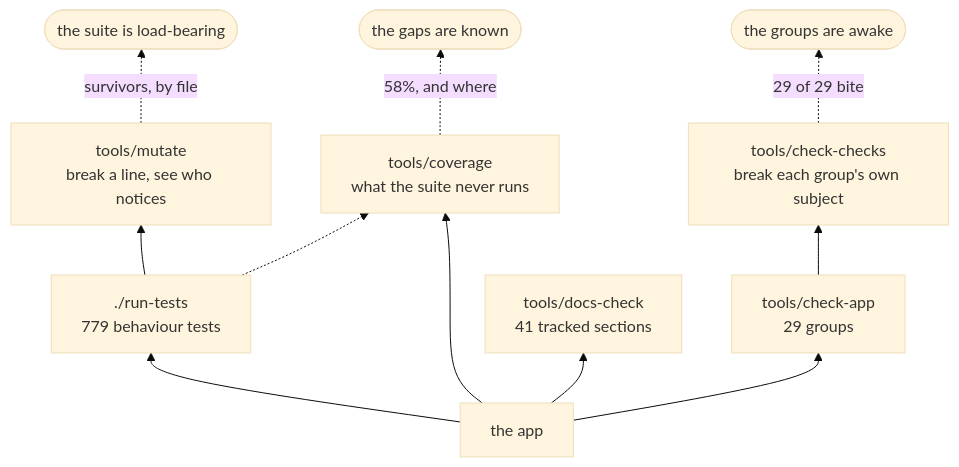
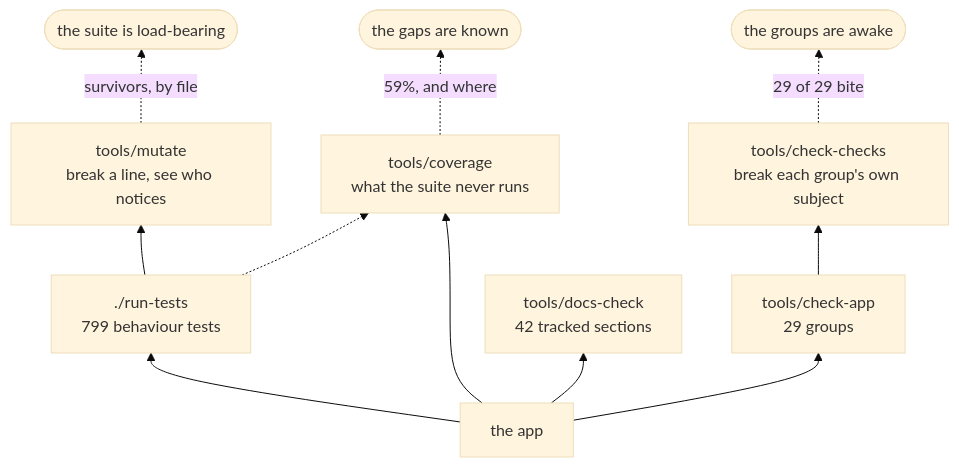
Before and after one commit to minormending/crystal-pilot-mobile: the second of 2 diagrams in docs/DEVELOPING.md, drawn with Mermaid (base theme). The commit also changed other lines of this file and 12 other files, not shown here.

````diff
--- a/docs/DEVELOPING.md
+++ b/docs/DEVELOPING.md
@@ -127,13 +127,13 @@
 ```mermaid
 flowchart BT
-    C["the app"] --> T["./run-tests<br/>779 behaviour tests"]
+    C["the app"] --> T["./run-tests<br/>799 behaviour tests"]
     C --> A["tools/check-app<br/>29 groups"]
-    C --> D["tools/docs-check<br/>41 tracked sections"]
+    C --> D["tools/docs-check<br/>42 tracked sections"]
     C --> V["tools/coverage<br/>what the suite never runs"]
     T --> M["tools/mutate<br/>break a line, see who notices"]
     A --> K["tools/check-checks<br/>break each group's own subject"]
     T -.-> V
     M -.->|"survivors, by file"| R(["the suite is load-bearing"])
     K -.->|"29 of 29 bite"| R2(["the groups are awake"])
-    V -.->|"58%, and where"| R3(["the gaps are known"])
+    V -.->|"59%, and where"| R3(["the gaps are known"])
 ```
````
